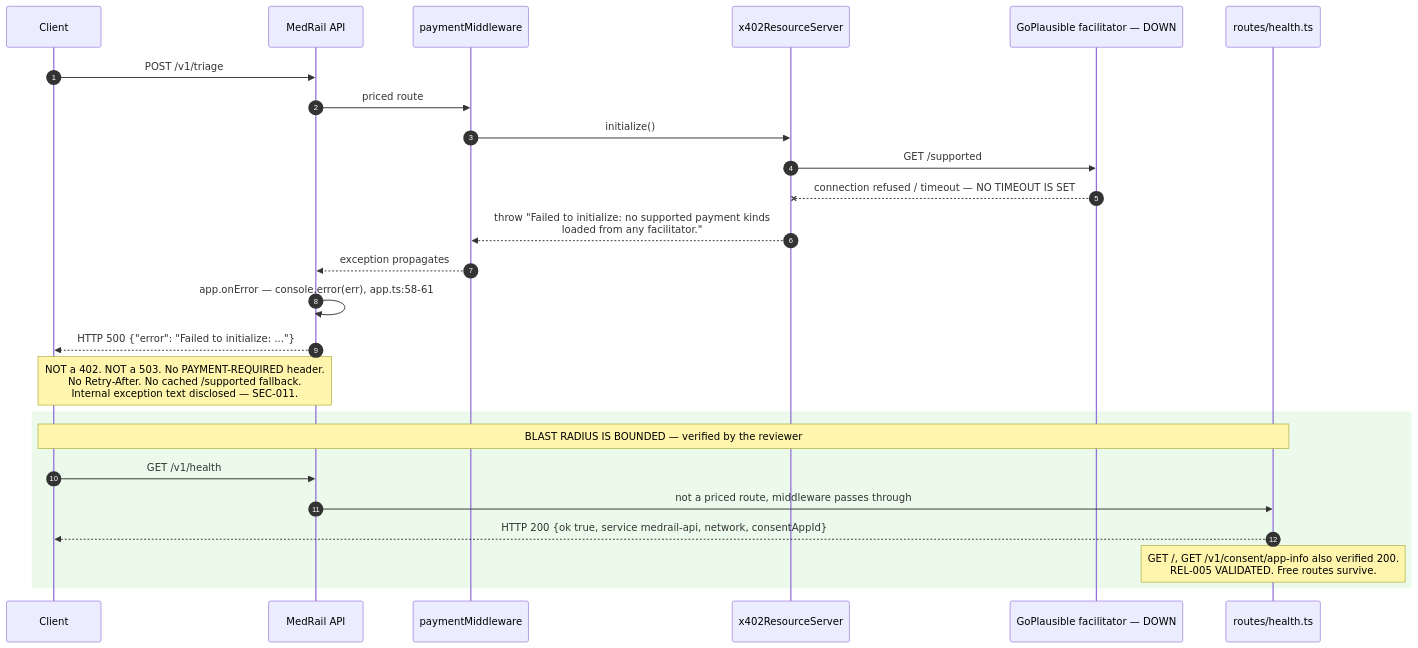
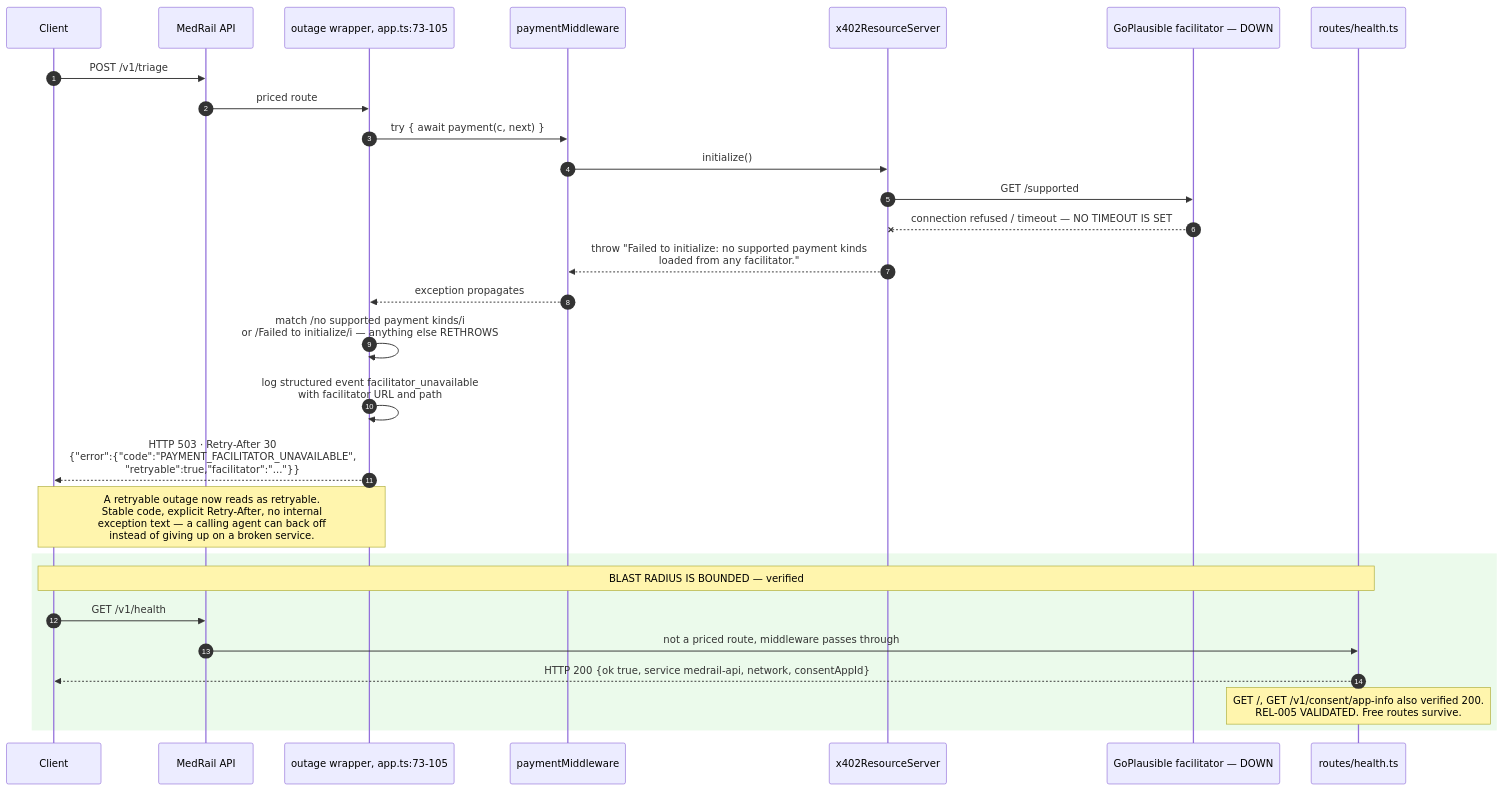
Before and after one commit to Hydra-Of-Malice/Medrail: the eighth of 9 diagrams in docs/03_Architecture/Sequence_Diagrams.md, drawn with Mermaid. The commit also changed other lines of this file and 77 other files, not shown here.

````diff
--- a/docs/03_Architecture/Sequence_Diagrams.md
+++ b/docs/03_Architecture/Sequence_Diagrams.md
@@ -393,29 +422,32 @@
 ```mermaid
 sequenceDiagram
     autonumber
     participant Client
     participant API as MedRail API
+    participant Wrap as outage wrapper, app.ts:73-105
     participant Pay as paymentMiddleware
     participant RS as x402ResourceServer
     participant Fac as GoPlausible facilitator — DOWN
     participant Health as routes/health.ts
 
     Client->>API: POST /v1/triage
-    API->>Pay: priced route
+    API->>Wrap: priced route
+    Wrap->>Pay: try { await payment(c, next) }
     Pay->>RS: initialize()
     RS->>Fac: GET /supported
     Fac--xRS: connection refused / timeout — NO TIMEOUT IS SET
     RS-->>Pay: throw "Failed to initialize: no supported payment kinds<br/>loaded from any facilitator."
-    Pay-->>API: exception propagates
-    API->>API: app.onError — console.error(err), app.ts:58-61
-    API-->>Client: HTTP 500 {"error": "Failed to initialize: ..."}
-    Note over Client,API: NOT a 402. NOT a 503. No PAYMENT-REQUIRED header.<br/>No Retry-After. No cached /supported fallback.<br/>Internal exception text disclosed — SEC-011.
+    Pay-->>Wrap: exception propagates
+    Wrap->>Wrap: match /no supported payment kinds/i<br/>or /Failed to initialize/i — anything else RETHROWS
+    Wrap->>Wrap: log structured event facilitator_unavailable<br/>with facilitator URL and path
+    Wrap-->>Client: HTTP 503 · Retry-After 30<br/>{"error":{"code":"PAYMENT_FACILITATOR_UNAVAILABLE",<br/>"retryable":true,"facilitator":"..."}}
+    Note over Client,Wrap: A retryable outage now reads as retryable.<br/>Stable code, explicit Retry-After, no internal<br/>exception text — a calling agent can back off<br/>instead of giving up on a broken service.
 
     rect rgb(235, 250, 235)
-    Note over Client,Health: BLAST RADIUS IS BOUNDED — verified by the reviewer
+    Note over Client,Health: BLAST RADIUS IS BOUNDED — verified
     Client->>API: GET /v1/health
     API->>Health: not a priced route, middleware passes through
     Health-->>Client: HTTP 200 {ok true, service medrail-api, network, consentAppId}
     Note over Health: GET /, GET /v1/consent/app-info also verified 200.<br/>REL-005 VALIDATED. Free routes survive.
     end
 ```
````
